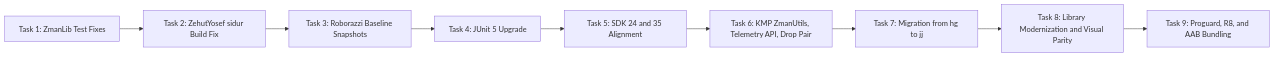
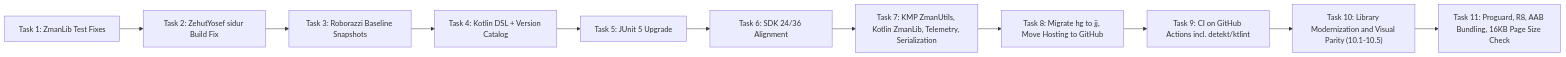
The third of 8 diagrams in docs/superpowers/specs/master-roadmap.md (jgindin/zmanim), drawn with Mermaid before and after one commit. The commit also changed other lines of this file and 2 other files, not shown here.

````diff
--- a/docs/superpowers/specs/master-roadmap.md
+++ b/docs/superpowers/specs/master-roadmap.md
@@ -53,11 +116,13 @@
 ```mermaid
 flowchart LR
     T1["Task 1: ZmanLib Test Fixes"] --> T2["Task 2: ZehutYosef sidur Build Fix"]
     T2 --> T3["Task 3: Roborazzi Baseline Snapshots"]
-    T3 --> T4["Task 4: JUnit 5 Upgrade"]
-    T4 --> T5["Task 5: SDK 24 and 35 Alignment"]
-    T5 --> T6["Task 6: KMP ZmanUtils, Telemetry API, Drop Pair"]
-    T6 --> T7["Task 7: Migration from hg to jj"]
-    T7 --> T8["Task 8: Library Modernization and Visual Parity"]
-    T8 --> T9["Task 9: Proguard, R8, and AAB Bundling"]
+    T3 --> T4["Task 4: Kotlin DSL + Version Catalog"]
+    T4 --> T5["Task 5: JUnit 5 Upgrade"]
+    T5 --> T6["Task 6: SDK 24/36 Alignment"]
+    T6 --> T7["Task 7: KMP ZmanUtils, Kotlin ZmanLib, Telemetry, Serialization"]
+    T7 --> T8["Task 8: Migrate hg to jj, Move Hosting to GitHub"]
+    T8 --> T9["Task 9: CI on GitHub Actions incl. detekt/ktlint"]
+    T9 --> T10["Task 10: Library Modernization and Visual Parity (10.1-10.5)"]
+    T10 --> T11["Task 11: Proguard, R8, AAB Bundling, 16KB Page Size Check"]
 ```
````
